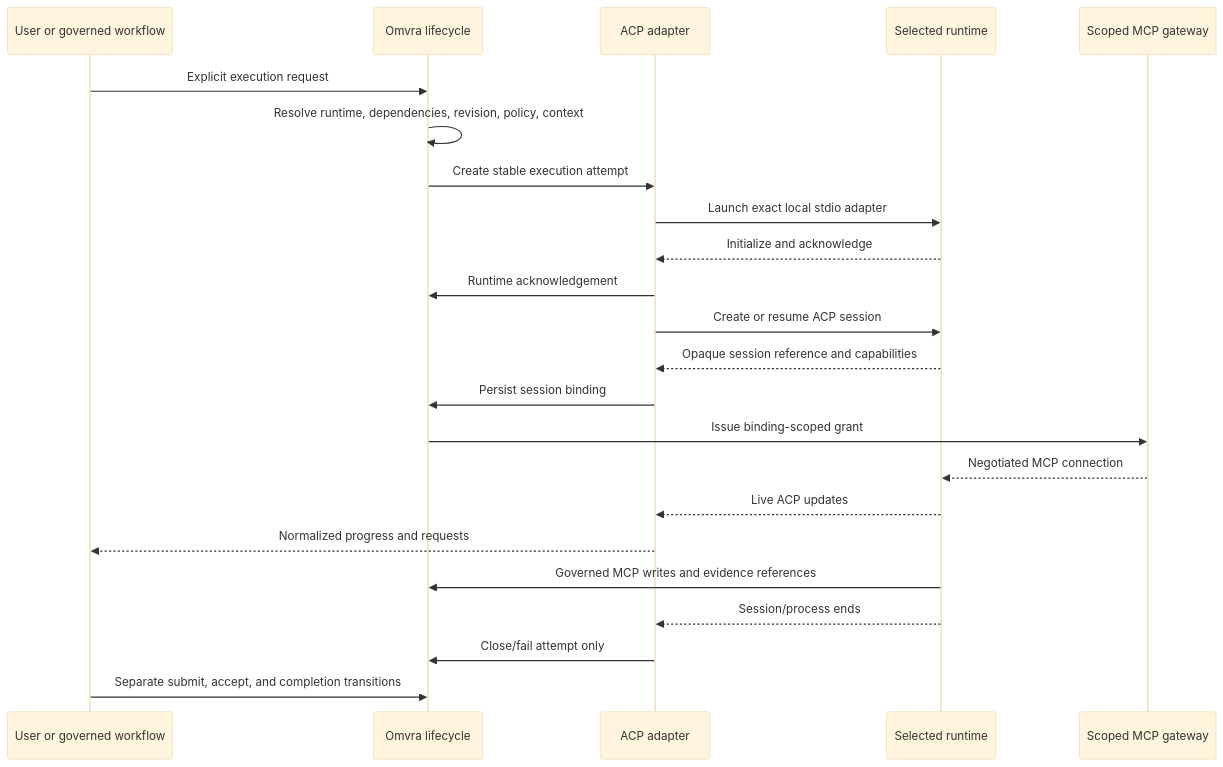
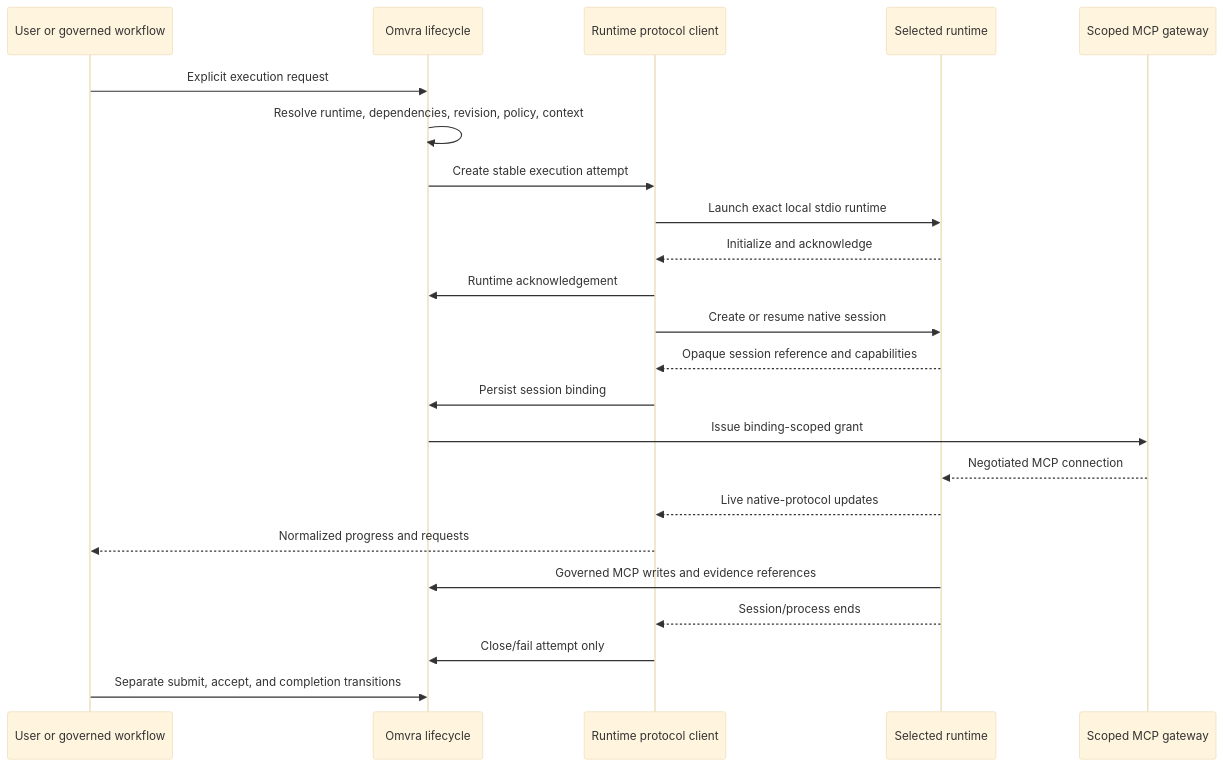
One commit to lorddarq/Plumy changed the diagram in docs/architecture/acp-runtime-session-lifecycle-contract.md. Above: the diagram before and after it, drawn with Mermaid (base theme). The commit also changed other lines of this file and 6 other files, not shown here.

````diff
--- a/docs/architecture/acp-runtime-session-lifecycle-contract.md
+++ b/docs/architecture/acp-runtime-session-lifecycle-contract.md
@@ -245,25 +245,25 @@
 ```mermaid
 sequenceDiagram
   participant U as User or governed workflow
   participant O as Omvra lifecycle
-  participant A as ACP adapter
+  participant A as Runtime protocol client
   participant R as Selected runtime
   participant M as Scoped MCP gateway
   U->>O: Explicit execution request
   O->>O: Resolve runtime, dependencies, revision, policy, context
   O->>A: Create stable execution attempt
-  A->>R: Launch exact local stdio adapter
+  A->>R: Launch exact local stdio runtime
   R-->>A: Initialize and acknowledge
   A->>O: Runtime acknowledgement
-  A->>R: Create or resume ACP session
+  A->>R: Create or resume native session
   R-->>A: Opaque session reference and capabilities
   A->>O: Persist session binding
   O->>M: Issue binding-scoped grant
   M-->>R: Negotiated MCP connection
-  R-->>A: Live ACP updates
+  R-->>A: Live native-protocol updates
   A-->>U: Normalized progress and requests
   R->>O: Governed MCP writes and evidence references
   R-->>A: Session/process ends
   A->>O: Close/fail attempt only
   U->>O: Separate submit, accept, and completion transitions
 ```
````
